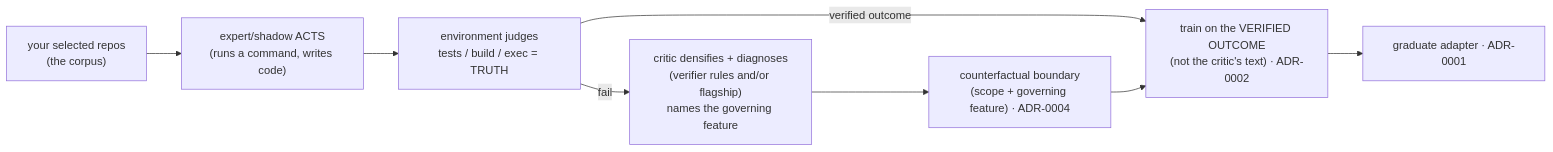
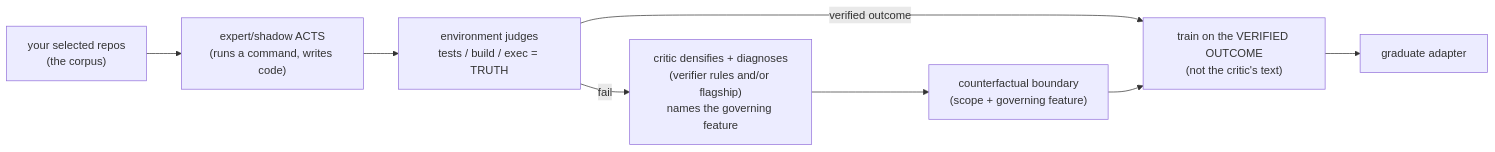
Before and after one commit to albedosehen/antumbra: the third of 5 diagrams in docs/architecture.md, drawn with Mermaid. The commit also changed other lines of this file and 93 other files, not shown here.

````diff
--- a/docs/architecture.md
+++ b/docs/architecture.md
@@ -79,10 +79,10 @@
 ```mermaid
 flowchart LR
     CORP["your selected repos<br/>(the corpus)"] --> ACT["expert/shadow ACTS<br/>(runs a command, writes code)"]
     ACT --> ENV["environment judges<br/>tests / build / exec = TRUTH"]
     ENV -->|"fail"| CRIT["critic densifies + diagnoses<br/>(verifier rules and/or flagship)<br/>names the governing feature"]
-    CRIT --> BND["counterfactual boundary<br/>(scope + governing feature) · ADR-0004"]
-    ENV -->|"verified outcome"| TRAIN["train on the VERIFIED OUTCOME<br/>(not the critic's text) · ADR-0002"]
+    CRIT --> BND["counterfactual boundary<br/>(scope + governing feature)"]
+    ENV -->|"verified outcome"| TRAIN["train on the VERIFIED OUTCOME<br/>(not the critic's text)"]
     BND --> TRAIN
-    TRAIN --> GRAD["graduate adapter · ADR-0001"]
+    TRAIN --> GRAD["graduate adapter"]
 ```
````
